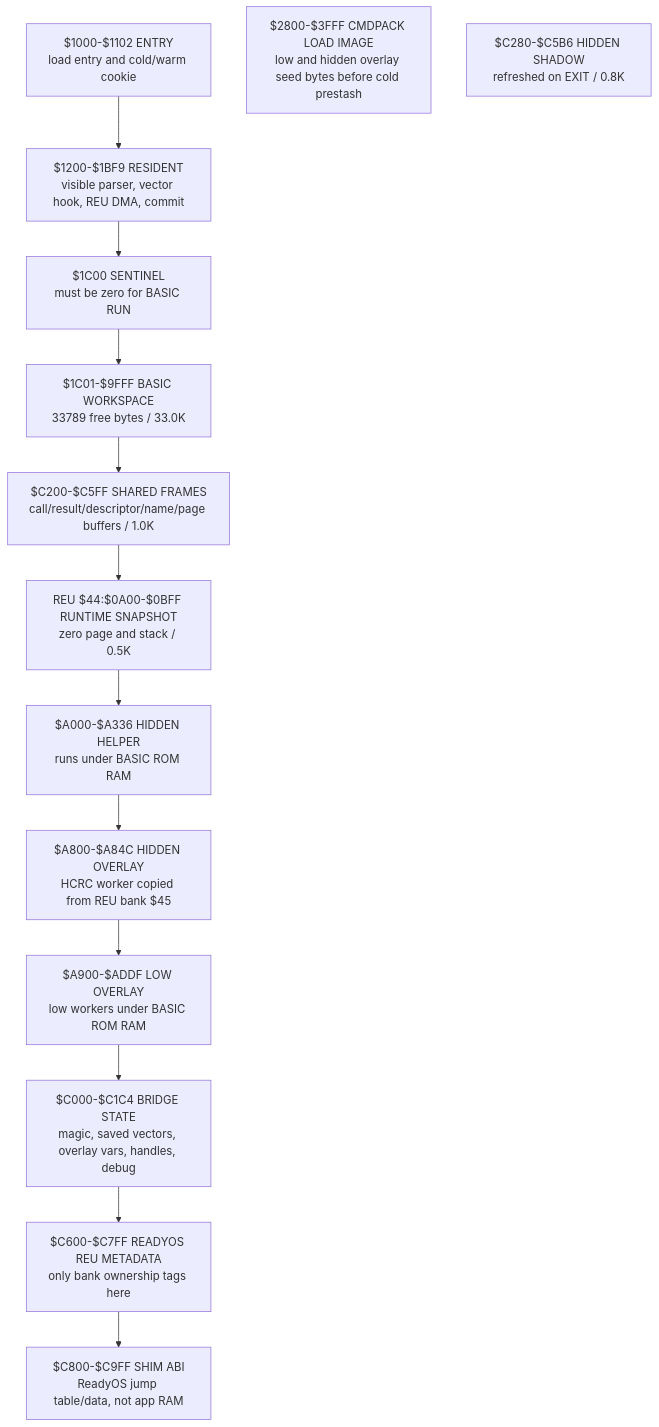
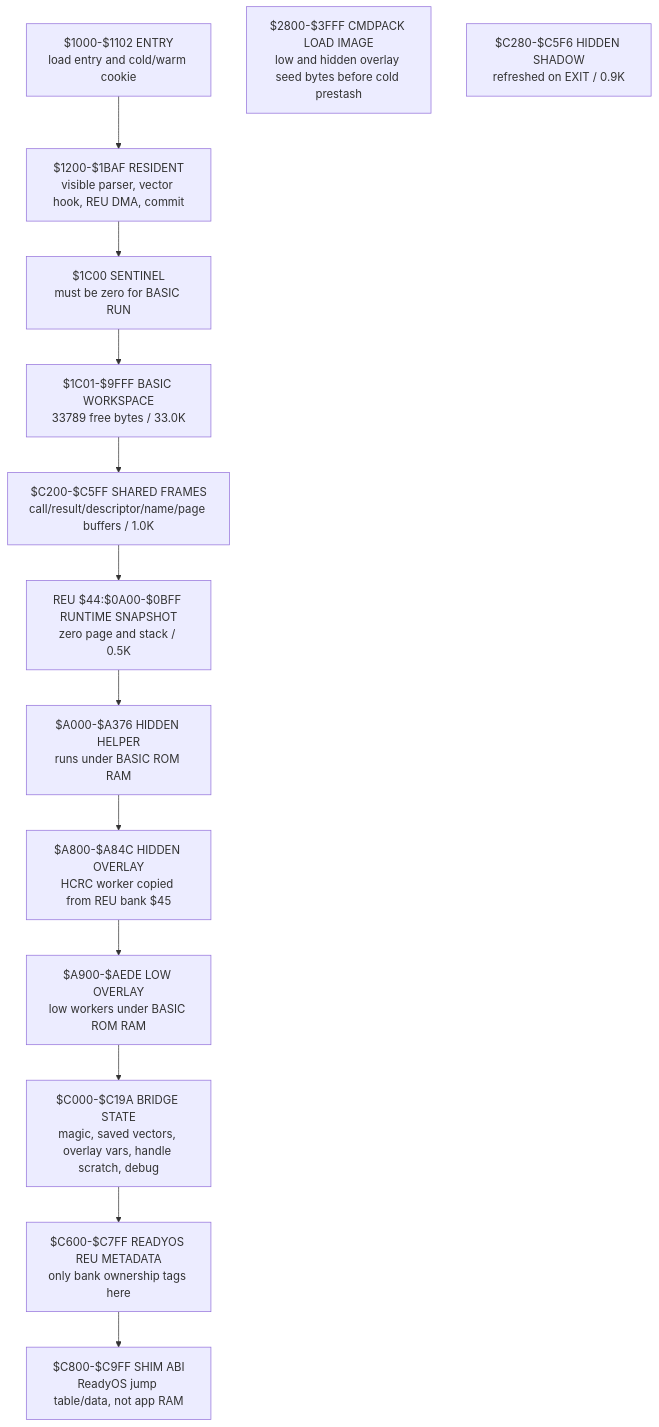
The first of 8 diagrams in src/apps/readybasic/READYBASIC_LIFECYCLE_AND_REU_ARCHITECTURE.md (123Onetwothree123/6502), drawn with Mermaid before and after one commit. The commit also changed other lines of this file and 13 other files, not shown here.

Commit message:
Expand ReadyBASIC REU handles

````diff
--- a/src/apps/readybasic/READYBASIC_LIFECYCLE_AND_REU_ARCHITECTURE.md
+++ b/src/apps/readybasic/READYBASIC_LIFECYCLE_AND_REU_ARCHITECTURE.md
@@ -93,20 +93,20 @@
 ```mermaid
 flowchart TB
   A["$1000-$1102 ENTRY<br/>load entry and cold/warm cookie"]
-  B["$1200-$1BF9 RESIDENT<br/>visible parser, vector hook, REU DMA, commit"]
+  B["$1200-$1BAF RESIDENT<br/>visible parser, vector hook, REU DMA, commit"]
   C["$1C00 SENTINEL<br/>must be zero for BASIC RUN"]
   D["$1C01-$9FFF BASIC WORKSPACE<br/>33789 free bytes / 33.0K"]
   E["$2800-$3FFF CMDPACK LOAD IMAGE<br/>low and hidden overlay seed bytes before cold prestash"]
   F["REU $44:$0A00-$0BFF RUNTIME SNAPSHOT<br/>zero page and stack / 0.5K"]
   G["$C200-$C5FF SHARED FRAMES<br/>call/result/descriptor/name/page buffers / 1.0K"]
-  I["$C280-$C5B6 HIDDEN SHADOW<br/>refreshed on EXIT / 0.8K"]
-  J["$A000-$A336 HIDDEN HELPER<br/>runs under BASIC ROM RAM"]
+  I["$C280-$C5F6 HIDDEN SHADOW<br/>refreshed on EXIT / 0.9K"]
+  J["$A000-$A376 HIDDEN HELPER<br/>runs under BASIC ROM RAM"]
   K["$A800-$A84C HIDDEN OVERLAY<br/>HCRC worker copied from REU bank $45"]
-  O["$A900-$ADDF LOW OVERLAY<br/>low workers under BASIC ROM RAM"]
-  L["$C000-$C1C4 BRIDGE STATE<br/>magic, saved vectors, overlay vars, handles, debug"]
+  O["$A900-$AEDE LOW OVERLAY<br/>low workers under BASIC ROM RAM"]
+  L["$C000-$C19A BRIDGE STATE<br/>magic, saved vectors, overlay vars, handle scratch, debug"]
   M["$C600-$C7FF READYOS REU METADATA<br/>only bank ownership tags here"]
   N["$C800-$C9FF SHIM ABI<br/>ReadyOS jump table/data, not app RAM"]
 
   A --> B --> C --> D --> G
   G --> F --> J --> K --> O --> L --> M --> N
 ```
````
